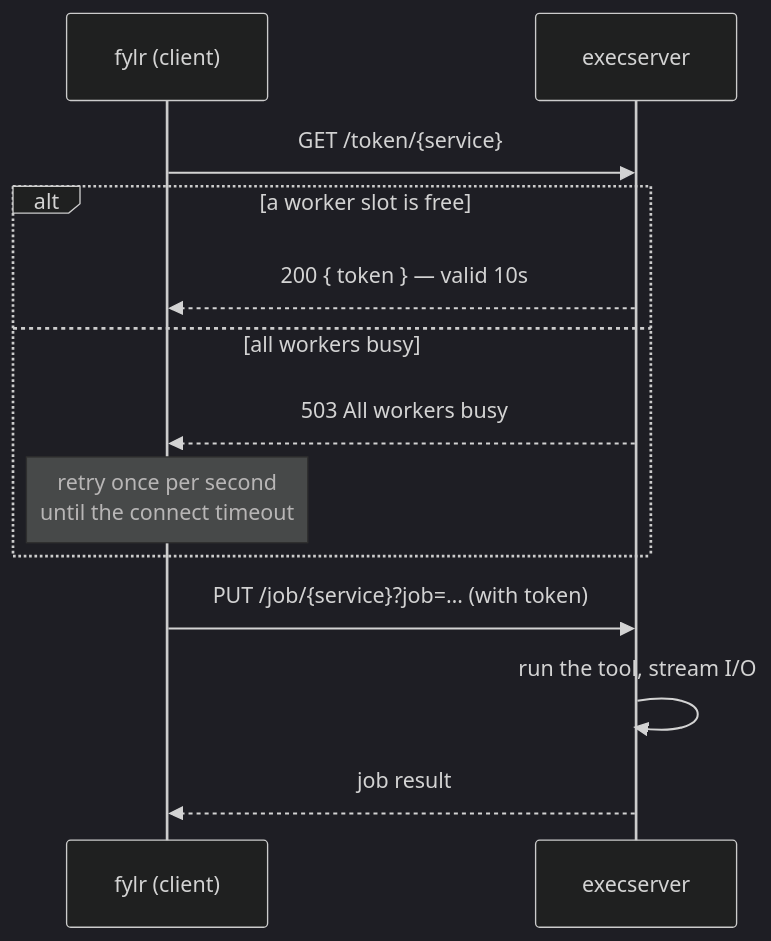
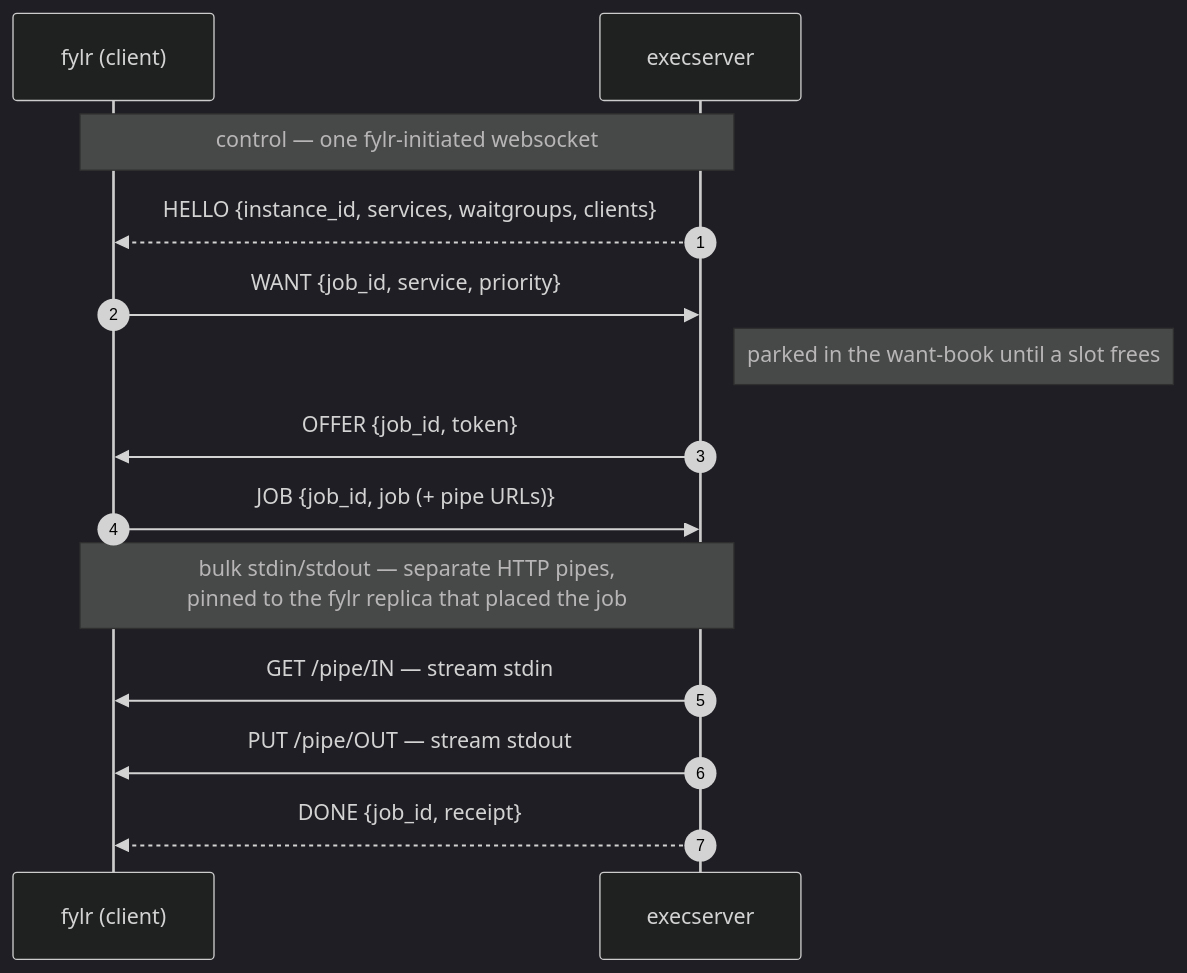
One commit to programmfabrik/fylr-gitbook changed the diagram in for-developers/execserver.md. Above: the diagram before and after it, drawn with Mermaid (dark theme). The commit also changed other lines of this file and 2 other files, not shown here.

First line of the commit message:
execserver: document the slot broker (6.35)

````diff
--- a/for-developers/execserver.md
+++ b/for-developers/execserver.md
@@ -10,15 +22,16 @@
 ```mermaid
 sequenceDiagram
+    autonumber
     participant F as fylr (client)
     participant X as execserver
-    F->>X: GET /token/{service}
-    alt a worker slot is free
-        X-->>F: 200 { token } — valid 10s
-    else all workers busy
-        X-->>F: 503 All workers busy
-        Note over F: retry once per second<br/>until the connect timeout
-    end
-    F->>X: PUT /job/{service}?job=… (with token)
-    X->>X: run the tool, stream I/O
-    X-->>F: job result
+    Note over F,X: control — one fylr-initiated websocket
+    X-->>F: HELLO {instance_id, services, waitgroups, clients}
+    F->>X: WANT {job_id, service, priority}
+    Note right of X: parked in the want-book until a slot frees
+    X->>F: OFFER {job_id, token}
+    F->>X: JOB {job_id, job (+ pipe URLs)}
+    Note over F,X: bulk stdin/stdout — separate HTTP pipes,<br/>pinned to the fylr replica that placed the job
+    X->>F: GET /pipe/IN — stream stdin
+    X->>F: PUT /pipe/OUT — stream stdout
+    X-->>F: DONE {job_id, receipt}
 ```
````
